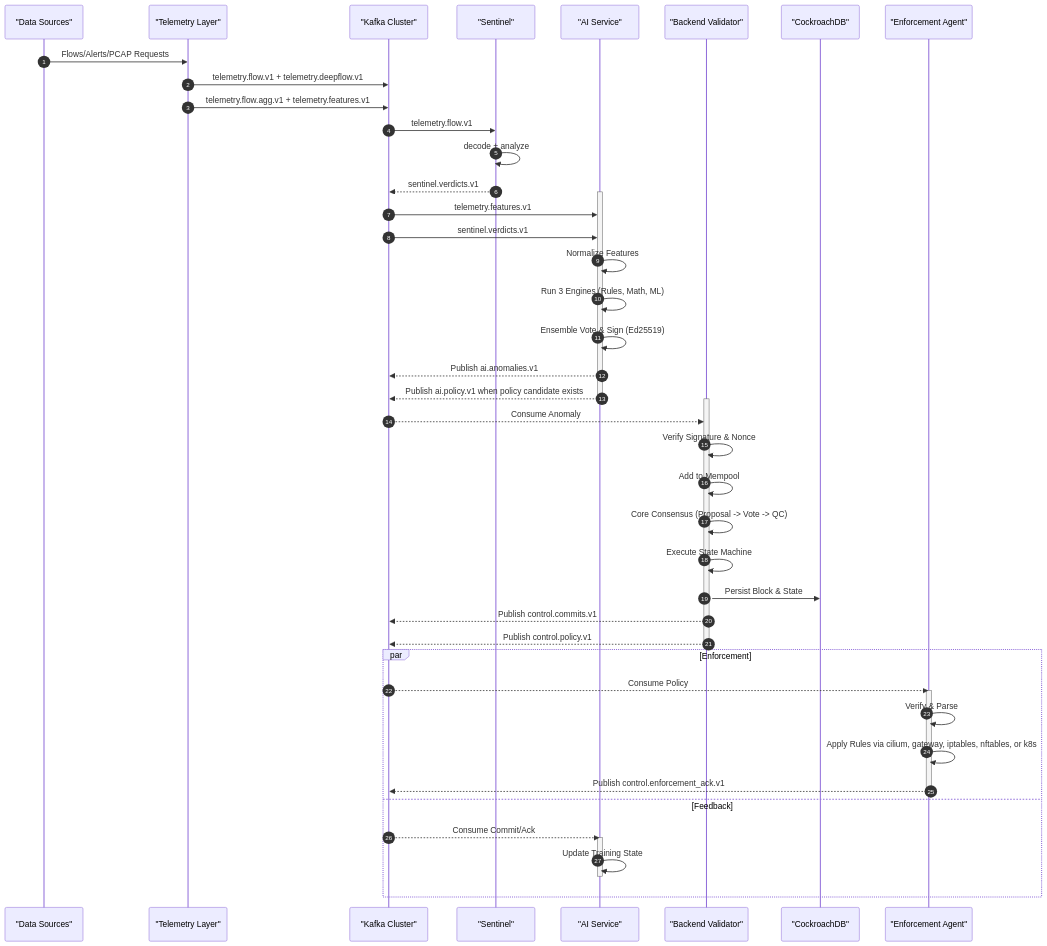
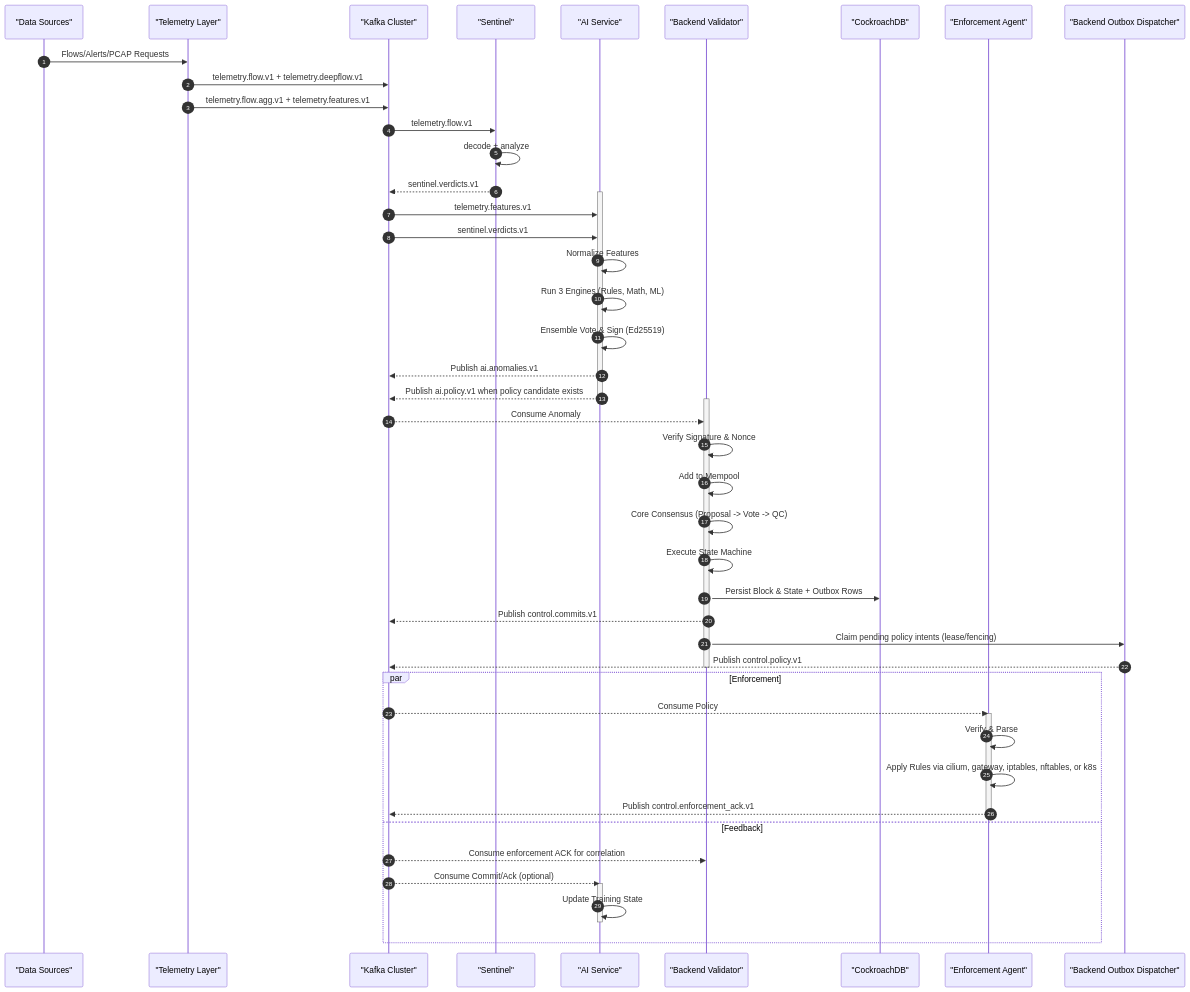
Before and after one commit to EveShark/CyberMesh: the diagram in docs/architecture/01_system_overview.md, drawn with Mermaid. The commit also changed other lines of this file and 13 other files, not shown here.

Commit message:
Update architecture and design documentation

````diff
--- a/docs/architecture/01_system_overview.md
+++ b/docs/architecture/01_system_overview.md
@@ -144,56 +147,59 @@
 ```mermaid
 sequenceDiagram
     autonumber
     participant Telemetry as "Data Sources"
     participant TL as "Telemetry Layer"
     participant Kafka as "Kafka Cluster"
     participant Sentinel as "Sentinel"
     participant AI as "AI Service"
     participant Backend as "Backend Validator"
     participant DB as "CockroachDB"
     participant Agent as "Enforcement Agent"
+    participant Outbox as "Backend Outbox Dispatcher"
 
     %% Phase 1: Detection
     Telemetry->>TL: Flows/Alerts/PCAP Requests
     TL->>Kafka: telemetry.flow.v1 + telemetry.deepflow.v1
     TL->>Kafka: telemetry.flow.agg.v1 + telemetry.features.v1
     Kafka->>Sentinel: telemetry.flow.v1
     Sentinel->>Sentinel: decode + analyze
     Sentinel-->>Kafka: sentinel.verdicts.v1
     activate AI
     Kafka->>AI: telemetry.features.v1
     Kafka->>AI: sentinel.verdicts.v1
     AI->>AI: Normalize Features
     AI->>AI: Run 3 Engines (Rules, Math, ML)
     AI->>AI: Ensemble Vote & Sign (Ed25519)
     AI-->>Kafka: Publish ai.anomalies.v1
     AI-->>Kafka: Publish ai.policy.v1 when policy candidate exists
     deactivate AI
 
     %% Phase 2: Consensus
     activate Backend
     Kafka-->>Backend: Consume Anomaly
     Backend->>Backend: Verify Signature & Nonce
     Backend->>Backend: Add to Mempool
     Backend->>Backend: Core Consensus (Proposal -> Vote -> QC)
     Backend->>Backend: Execute State Machine
-    Backend->>DB: Persist Block & State
+    Backend->>DB: Persist Block & State + Outbox Rows
     Backend-->>Kafka: Publish control.commits.v1
-    Backend-->>Kafka: Publish control.policy.v1
+    Backend->>Outbox: Claim pending policy intents (lease/fencing)
+    Outbox-->>Kafka: Publish control.policy.v1
     deactivate Backend
 
     %% Phase 3: Enforcement & Feedback
     par Enforcement
         Kafka-->>Agent: Consume Policy
         activate Agent
         Agent->>Agent: Verify & Parse
         Agent->>Agent: Apply Rules via cilium, gateway, iptables, nftables, or k8s
         Agent-->>Kafka: Publish control.enforcement_ack.v1
         deactivate Agent
     and Feedback
-        Kafka-->>AI: Consume Commit/Ack
+        Kafka-->>Backend: Consume enforcement ACK for correlation
+        Kafka-->>AI: Consume Commit/Ack (optional)
         activate AI
         AI->>AI: Update Training State
         deactivate AI
     end
 ```
````
